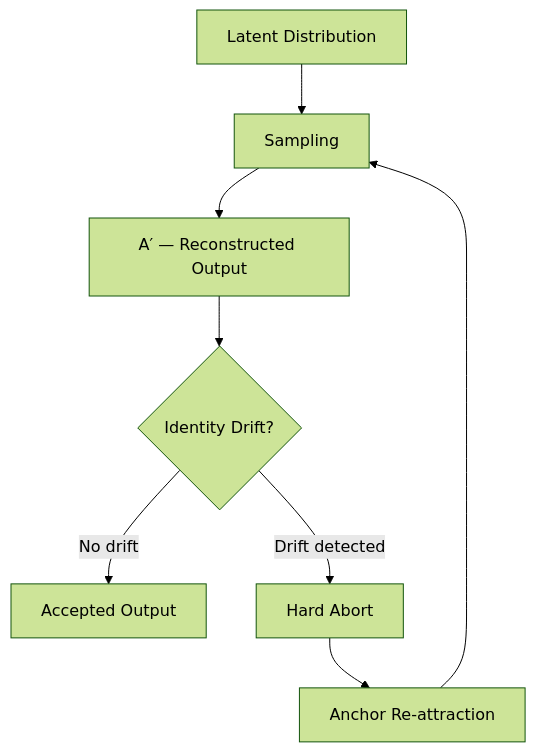
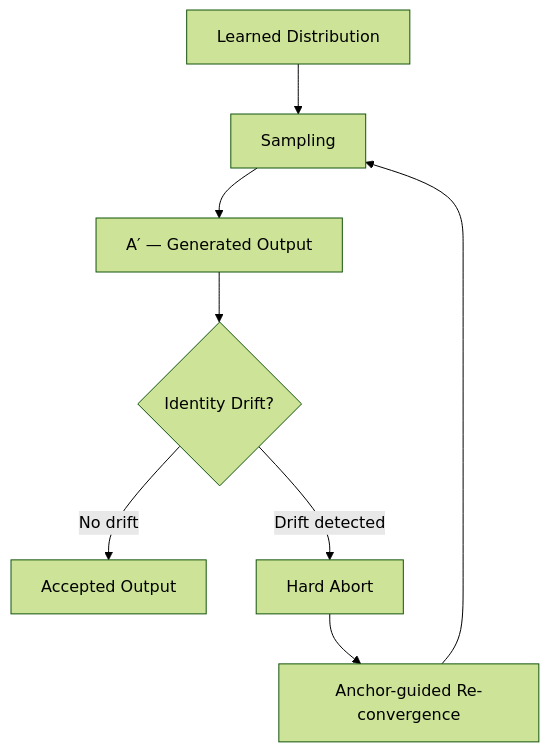
Before and after one commit to watadani-byte/character-identity-protocol: the fourth of 5 diagrams in README.md, drawn with Mermaid (forest theme). The commit also changed other lines of this file, not shown here.

````diff
--- a/README.md
+++ b/README.md
@@ -209,10 +209,10 @@
 ```mermaid
 flowchart TD
-    A[Latent Distribution] --> B[Sampling]
-    B --> C[A′ — Reconstructed Output]
+    A[Learned Distribution] --> B[Sampling]
+    B --> C[A′ — Generated Output]
     C --> D{Identity Drift?}
     D -->|No drift| E[Accepted Output]
     D -->|Drift detected| F[Hard Abort]
-    F --> G[Anchor Re-attraction]
+    F --> G[Anchor-guided Re-convergence]
     G --> B
 ```
````
